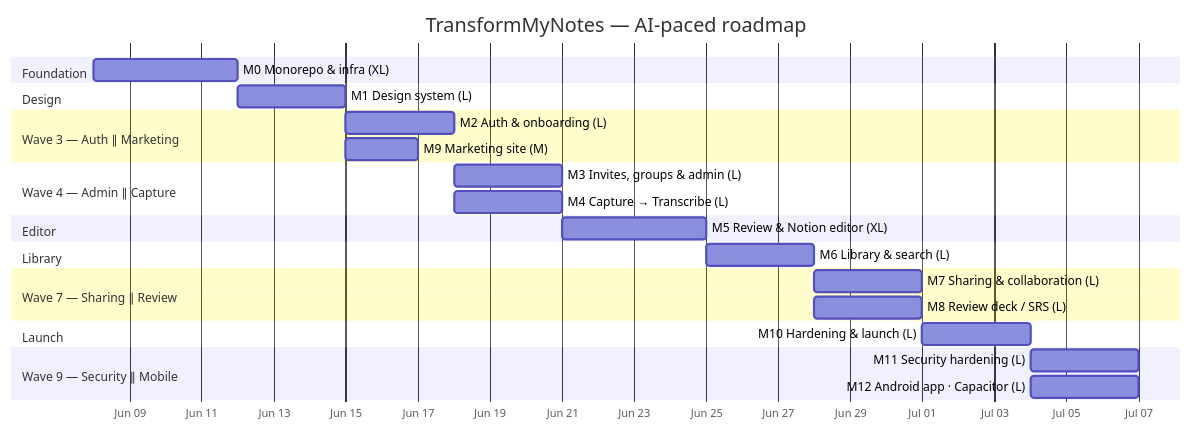
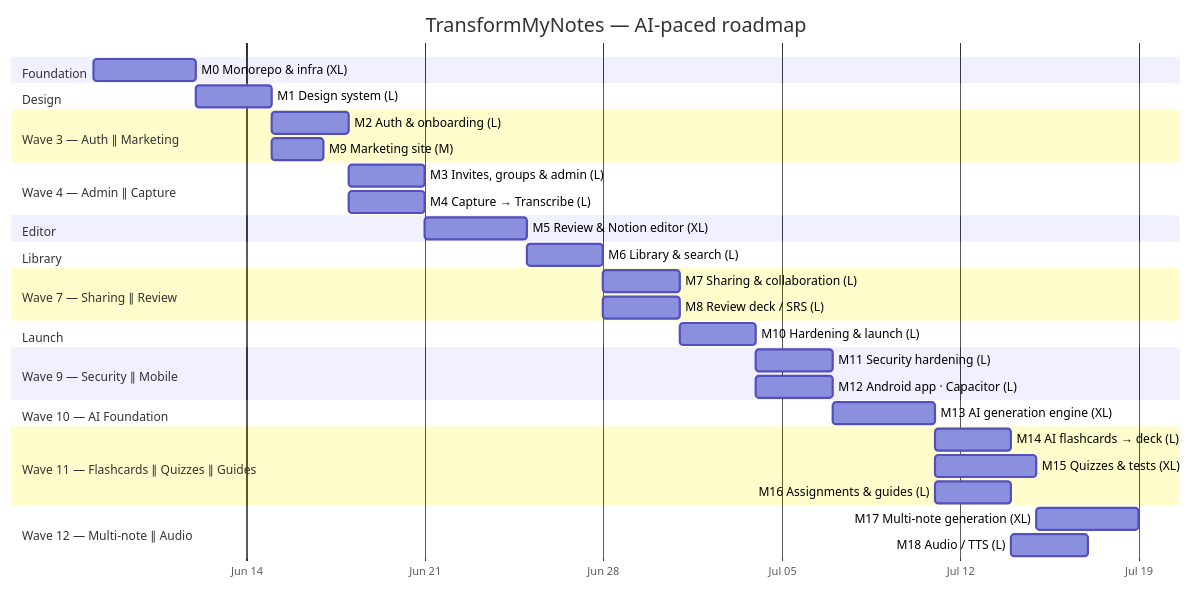
One commit to jasonp2323/transformmynotes changed the second of 2 diagrams in docs/milestones/ROADMAP.md. Above: the diagram before and after it, drawn with Mermaid. The commit also changed other lines of this file and 1 other file, not shown here.

First line of the commit message:
docs: index M13–M18 in roadmap and milestone README

````diff
--- a/docs/milestones/ROADMAP.md
+++ b/docs/milestones/ROADMAP.md
@@ -44,28 +62,37 @@
 ```mermaid
 gantt
   title TransformMyNotes — AI-paced roadmap
   dateFormat YYYY-MM-DD
   axisFormat %b %d
   section Foundation
   M0 Monorepo & infra (XL)      :m0, 2026-06-08, 4d
   section Design
   M1 Design system (L)          :m1, after m0, 3d
   section Wave 3 — Auth ∥ Marketing
   M2 Auth & onboarding (L)      :m2, after m1, 3d
   M9 Marketing site (M)         :m9, after m1, 2d
   section Wave 4 — Admin ∥ Capture
   M3 Invites, groups & admin (L):m3, after m2, 3d
   M4 Capture → Transcribe (L)   :m4, after m2, 3d
   section Editor
   M5 Review & Notion editor (XL):m5, after m4, 4d
   section Library
   M6 Library & search (L)       :m6, after m5, 3d
   section Wave 7 — Sharing ∥ Review
   M7 Sharing & collaboration (L):m7, after m6, 3d
   M8 Review deck / SRS (L)      :m8, after m6, 3d
   section Launch
   M10 Hardening & launch (L)    :m10, after m8, 3d
   section Wave 9 — Security ∥ Mobile
   M11 Security hardening (L)    :m11, after m10, 3d
   M12 Android app · Capacitor (L):m12, after m10, 3d
+  section Wave 10 — AI Foundation
+  M13 AI generation engine (XL) :m13, 2026-07-07, 4d
+  section Wave 11 — Flashcards ∥ Quizzes ∥ Guides
+  M14 AI flashcards → deck (L)  :m14, after m13, 3d
+  M15 Quizzes & tests (XL)      :m15, after m13, 4d
+  M16 Assignments & guides (L)  :m16, after m13, 3d
+  section Wave 12 — Multi-note ∥ Audio
+  M17 Multi-note generation (XL):m17, after m15, 4d
+  M18 Audio / TTS (L)           :m18, after m14, 3d
 ```
````
